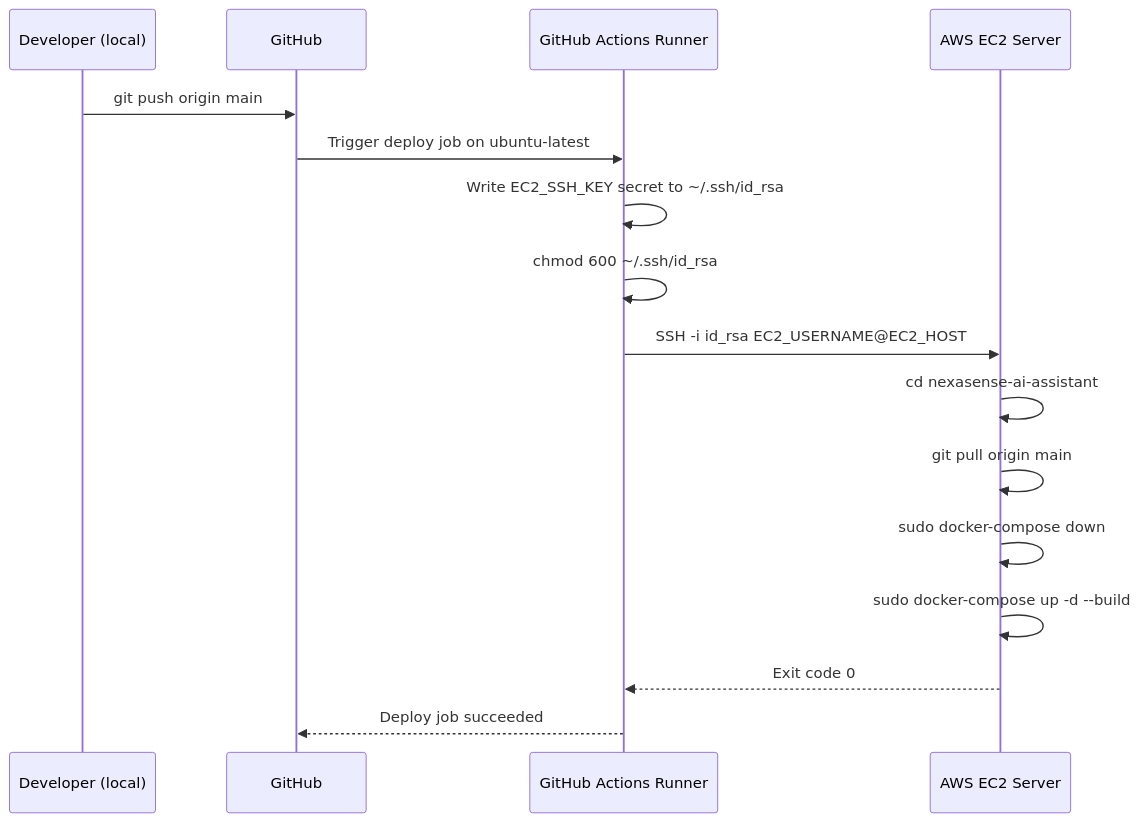
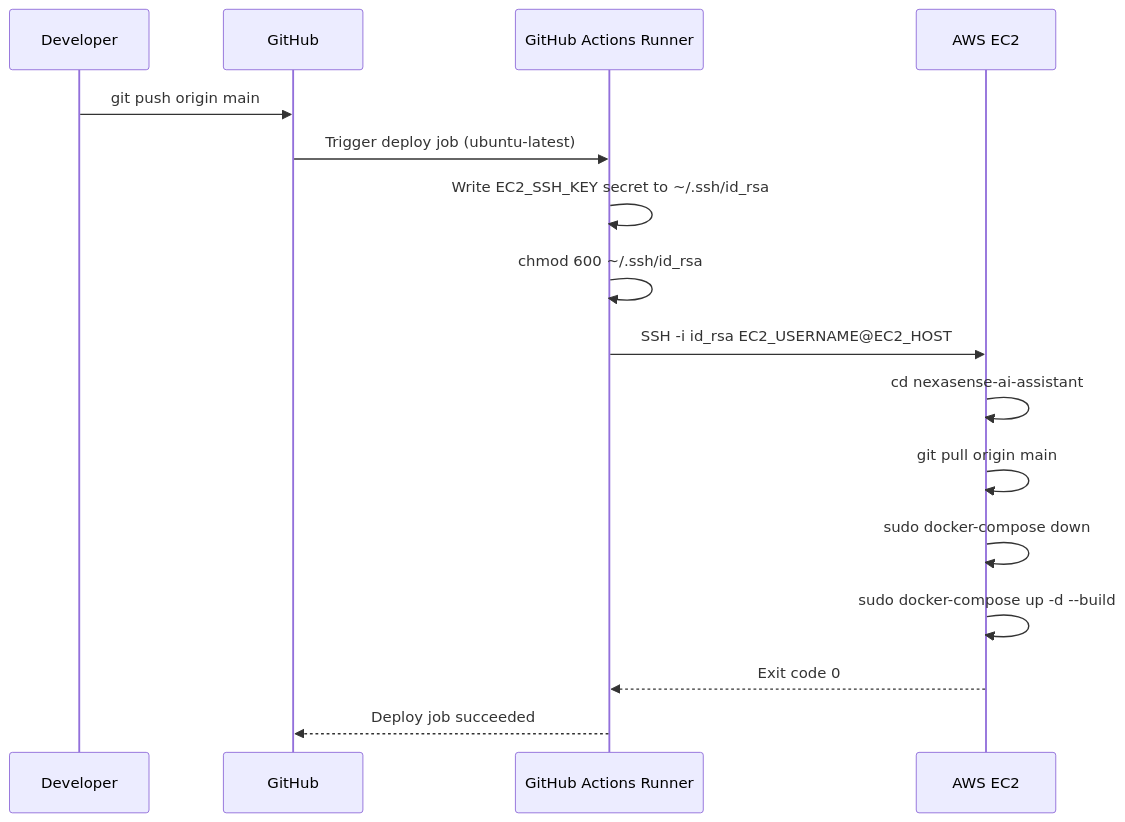
Before and after one commit to rajakumar123-commit/nexasense-ai-assistant: the sixth of 6 diagrams in README.md, drawn with Mermaid. The commit also changed other lines of this file, not shown here.

````diff
--- a/README.md
+++ b/README.md
@@ -748,19 +796,19 @@
 ```mermaid
 sequenceDiagram
-    participant Dev as Developer (local)
-    participant GH as GitHub
-    participant GA as GitHub Actions Runner
-    participant EC2 as AWS EC2 Server
+    participant Dev as Developer
+    participant GH  as GitHub
+    participant GA  as GitHub Actions Runner
+    participant EC2 as AWS EC2
 
-    Dev->>GH: git push origin main
-    GH->>GA: Trigger deploy job on ubuntu-latest
-    GA->>GA: Write EC2_SSH_KEY secret to ~/.ssh/id_rsa
-    GA->>GA: chmod 600 ~/.ssh/id_rsa
-    GA->>EC2: SSH -i id_rsa EC2_USERNAME@EC2_HOST
+    Dev->>GH:  git push origin main
+    GH->>GA:   Trigger deploy job (ubuntu-latest)
+    GA->>GA:   Write EC2_SSH_KEY secret to ~/.ssh/id_rsa
+    GA->>GA:   chmod 600 ~/.ssh/id_rsa
+    GA->>EC2:  SSH -i id_rsa EC2_USERNAME@EC2_HOST
     EC2->>EC2: cd nexasense-ai-assistant
     EC2->>EC2: git pull origin main
     EC2->>EC2: sudo docker-compose down
     EC2->>EC2: sudo docker-compose up -d --build
     EC2-->>GA: Exit code 0
-    GA-->>GH: Deploy job succeeded
+    GA-->>GH:  Deploy job succeeded
 ```
````
